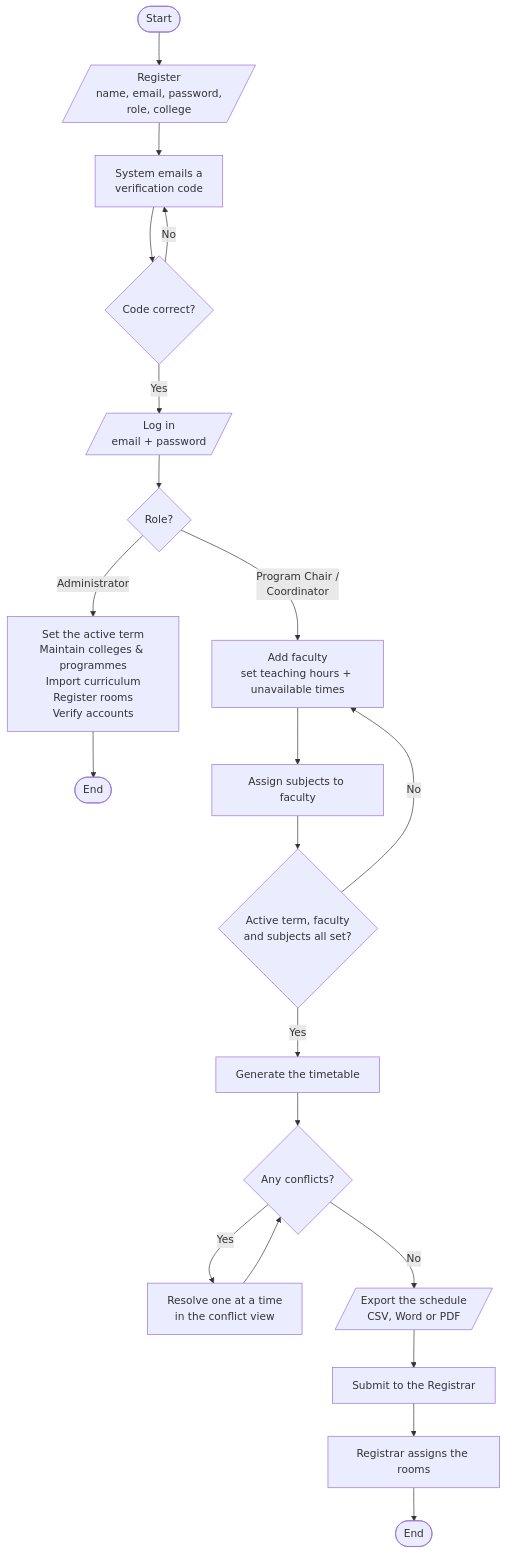
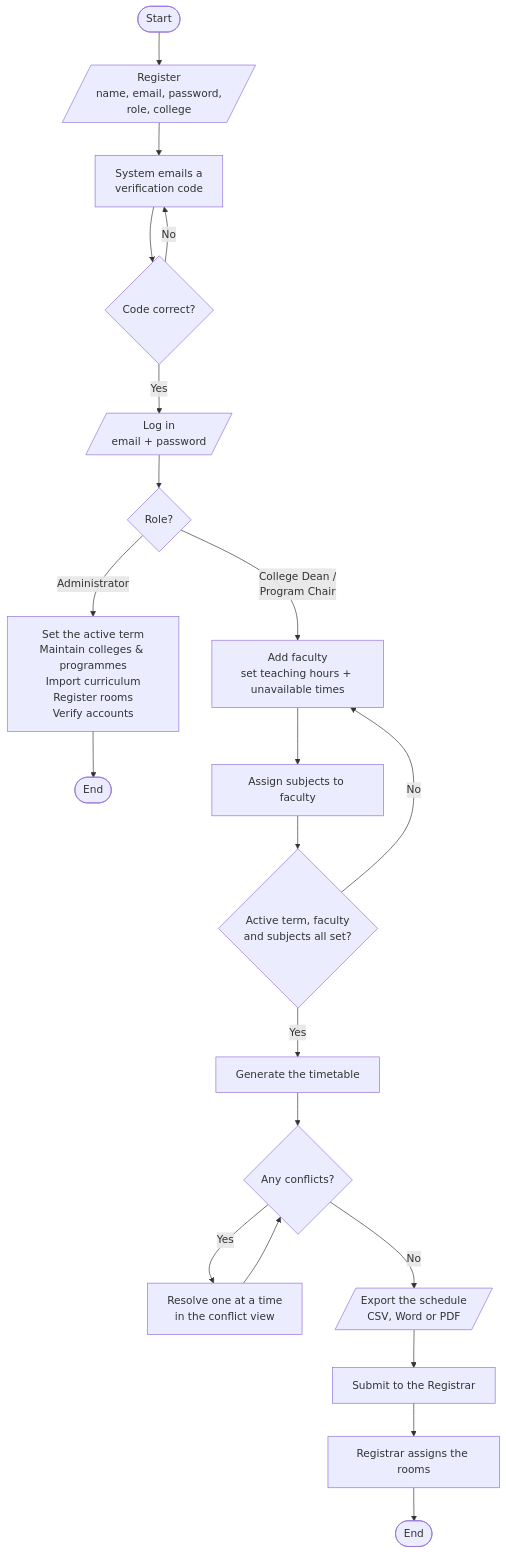
One commit to dayaomatthew14/ATLAS changed the diagram in docs/SYSTEM_FLOWCHART.md. Above: the diagram before and after it, drawn with Mermaid. The commit also changed other lines of this file and 54 other files, not shown here.

````diff
--- a/docs/SYSTEM_FLOWCHART.md
+++ b/docs/SYSTEM_FLOWCHART.md
@@ -9,29 +9,29 @@
 ```mermaid
 flowchart TD
     Start([Start]) --> Register[/"Register<br/>name, email, password,<br/>role, college"/]
     Register --> SendCode["System emails a<br/>verification code"]
     SendCode --> CodeOK{"Code correct?"}
     CodeOK -- No --> SendCode
     CodeOK -- Yes --> Login[/"Log in<br/>email + password"/]
 
     Login --> Role{"Role?"}
 
     Role -- Administrator --> AdminSetup["Set the active term<br/>Maintain colleges &amp; programmes<br/>Import curriculum<br/>Register rooms<br/>Verify accounts"]
     AdminSetup --> AdminDone([End])
 
-    Role -- "Program Chair /<br/>Coordinator" --> Faculty["Add faculty<br/>set teaching hours + unavailable times"]
+    Role -- "College Dean /<br/>Program Chair" --> Faculty["Add faculty<br/>set teaching hours + unavailable times"]
     Faculty --> Offerings["Assign subjects to faculty"]
     Offerings --> Ready{"Active term, faculty<br/>and subjects all set?"}
 
     Ready -- No --> Faculty
     Ready -- Yes --> Generate["Generate the timetable"]
 
     Generate --> Conflicts{"Any conflicts?"}
     Conflicts -- Yes --> Resolve["Resolve one at a time<br/>in the conflict view"]
     Resolve --> Conflicts
 
     Conflicts -- No --> Export[/"Export the schedule<br/>CSV, Word or PDF"/]
     Export --> Submit["Submit to the Registrar"]
     Submit --> Rooms["Registrar assigns the rooms"]
     Rooms --> Done([End])
 ```
````
